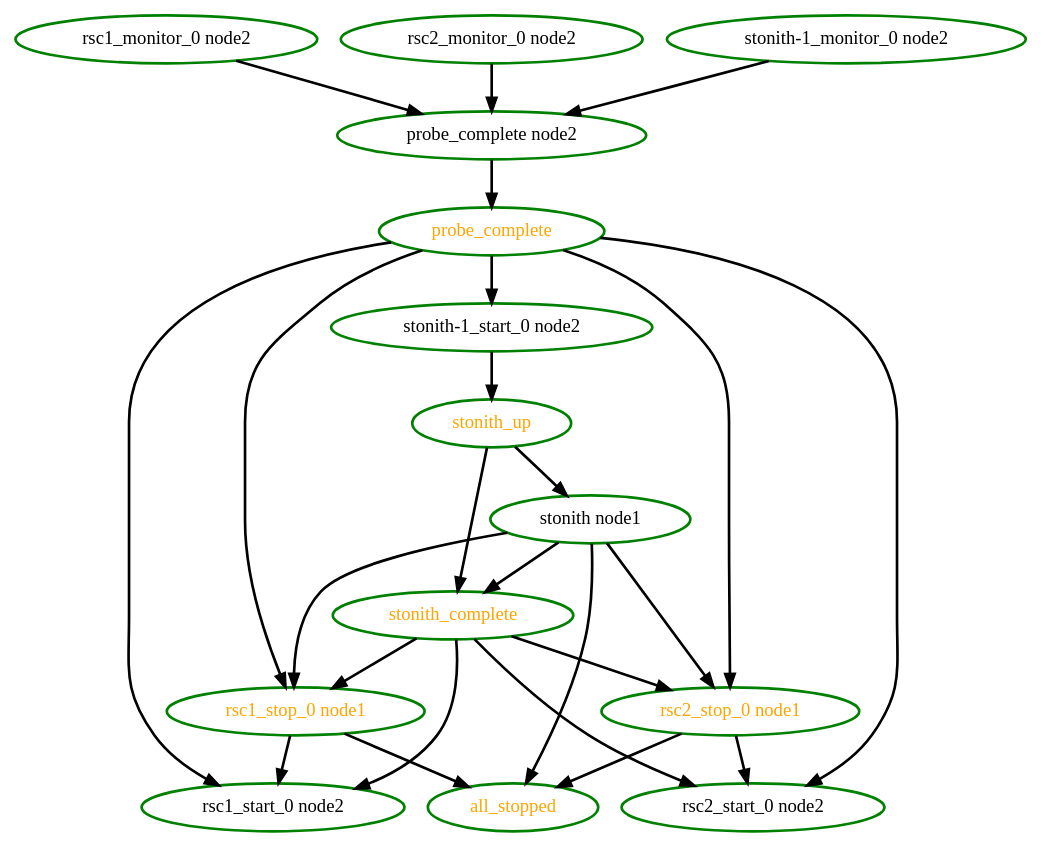
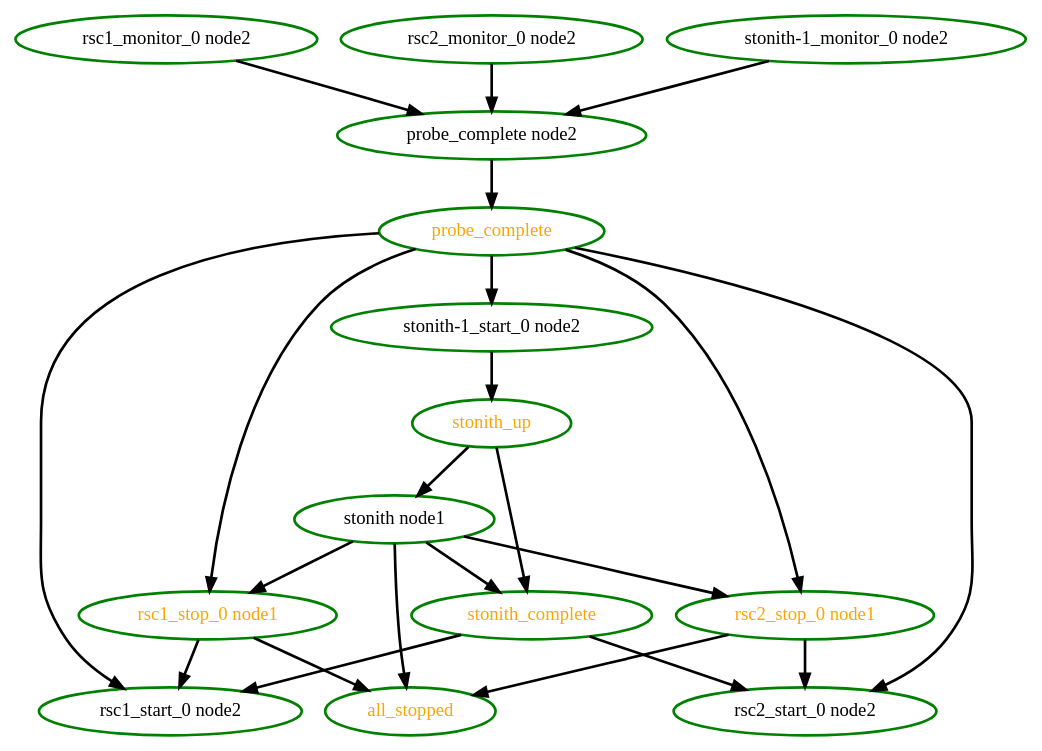
Before and after one commit to ClusterLabs/pacemaker: the diagram in pengine/test10/rec-node-4.dot, drawn with Graphviz. The commit also changed 35 other files, not shown here.

```diff
--- a/pengine/test10/rec-node-4.dot
+++ b/pengine/test10/rec-node-4.dot
@@ -1,40 +1,38 @@
 digraph "g" {
 "all_stopped" [ style=bold color="green" fontcolor="orange" ]
 "probe_complete node2" -> "probe_complete" [ style = bold]
 "probe_complete node2" [ style=bold color="green" fontcolor="black" ]
 "probe_complete" -> "rsc1_start_0 node2" [ style = bold]
 "probe_complete" -> "rsc1_stop_0 node1" [ style = bold]
 "probe_complete" -> "rsc2_start_0 node2" [ style = bold]
 "probe_complete" -> "rsc2_stop_0 node1" [ style = bold]
 "probe_complete" -> "stonith-1_start_0 node2" [ style = bold]
 "probe_complete" [ style=bold color="green" fontcolor="orange" ]
 "rsc1_monitor_0 node2" -> "probe_complete node2" [ style = bold]
 "rsc1_monitor_0 node2" [ style=bold color="green" fontcolor="black" ]
 "rsc1_start_0 node2" [ style=bold color="green" fontcolor="black" ]
 "rsc1_stop_0 node1" -> "all_stopped" [ style = bold]
 "rsc1_stop_0 node1" -> "rsc1_start_0 node2" [ style = bold]
 "rsc1_stop_0 node1" [ style=bold color="green" fontcolor="orange" ]
 "rsc2_monitor_0 node2" -> "probe_complete node2" [ style = bold]
 "rsc2_monitor_0 node2" [ style=bold color="green" fontcolor="black" ]
 "rsc2_start_0 node2" [ style=bold color="green" fontcolor="black" ]
 "rsc2_stop_0 node1" -> "all_stopped" [ style = bold]
 "rsc2_stop_0 node1" -> "rsc2_start_0 node2" [ style = bold]
 "rsc2_stop_0 node1" [ style=bold color="green" fontcolor="orange" ]
 "stonith node1" -> "all_stopped" [ style = bold]
 "stonith node1" -> "rsc1_stop_0 node1" [ style = bold]
 "stonith node1" -> "rsc2_stop_0 node1" [ style = bold]
 "stonith node1" -> "stonith_complete" [ style = bold]
 "stonith node1" [ style=bold color="green" fontcolor="black" ]
 "stonith-1_monitor_0 node2" -> "probe_complete node2" [ style = bold]
 "stonith-1_monitor_0 node2" [ style=bold color="green" fontcolor="black" ]
 "stonith-1_start_0 node2" -> "stonith_up" [ style = bold]
 "stonith-1_start_0 node2" [ style=bold color="green" fontcolor="black" ]
 "stonith_complete" -> "rsc1_start_0 node2" [ style = bold]
-"stonith_complete" -> "rsc1_stop_0 node1" [ style = bold]
 "stonith_complete" -> "rsc2_start_0 node2" [ style = bold]
-"stonith_complete" -> "rsc2_stop_0 node1" [ style = bold]
 "stonith_complete" [ style=bold color="green" fontcolor="orange" ]
 "stonith_up" -> "stonith node1" [ style = bold]
 "stonith_up" -> "stonith_complete" [ style = bold]
 "stonith_up" [ style=bold color="green" fontcolor="orange" ]
 }
```
